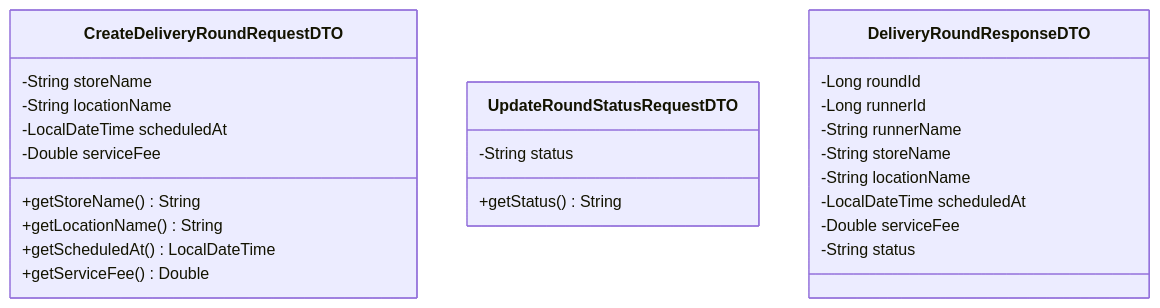
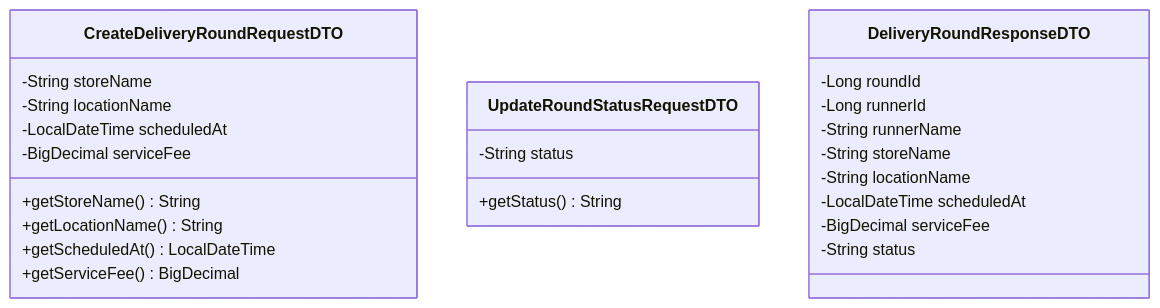
The first of 2 diagrams in docs/task-08/README.md (BlackyB0o/CS261_650001_group5), drawn with Mermaid before and after one commit. The commit also changed other lines of this file, not shown here.

Commit message:
docs(task-08): update API, DTO with BigDecimal, and DAO specifications

````diff
--- a/docs/task-08/README.md
+++ b/docs/task-08/README.md
@@ -103,29 +102,29 @@
 ```mermaid
 classDiagram
     class CreateDeliveryRoundRequestDTO {
         -String storeName
         -String locationName
         -LocalDateTime scheduledAt
-        -Double serviceFee
+        -BigDecimal serviceFee
         +getStoreName() String
         +getLocationName() String
         +getScheduledAt() LocalDateTime
-        +getServiceFee() Double
+        +getServiceFee() BigDecimal
     }
-
+ 
     class UpdateRoundStatusRequestDTO {
         -String status
         +getStatus() String
     }
-
+ 
     class DeliveryRoundResponseDTO {
         -Long roundId
         -Long runnerId
         -String runnerName
         -String storeName
         -String locationName
         -LocalDateTime scheduledAt
-        -Double serviceFee
+        -BigDecimal serviceFee
         -String status
     }
 ```
````
